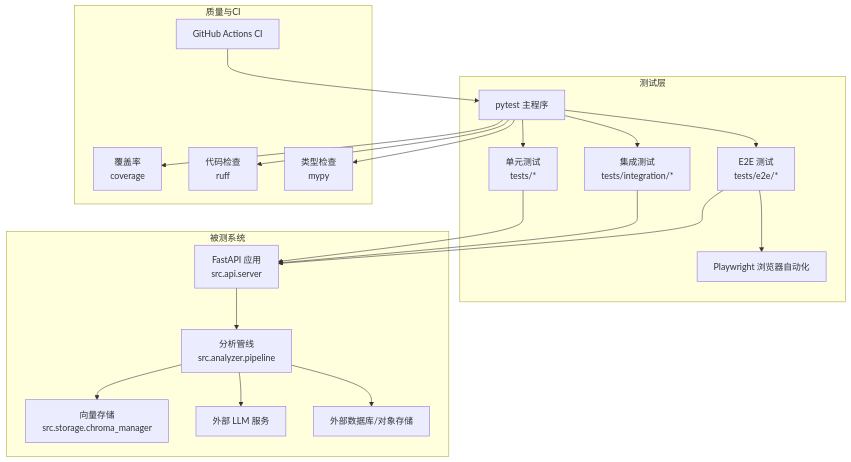
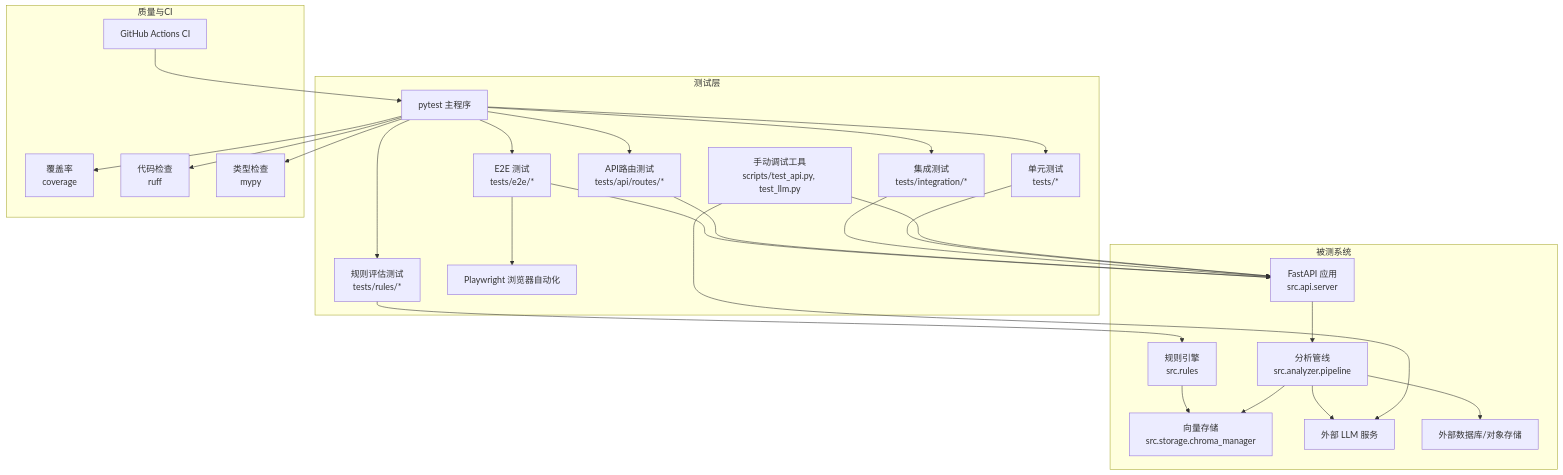
Before and after one commit to boyingliu01/fault-review-analyzer: the second of 4 diagrams in .qoder/repowiki/zh/content/测试策略/测试策略.md, drawn with Mermaid. The commit also changed other lines of this file and 30 other files, not shown here.

````diff
--- a/.qoder/repowiki/zh/content/测试策略/测试策略.md
+++ b/.qoder/repowiki/zh/content/测试策略/测试策略.md
@@ -98,38 +134,49 @@
 ```mermaid
 graph TB
 subgraph "测试层"
 P["pytest 主程序"]
 U["单元测试<br/>tests/*"]
 I["集成测试<br/>tests/integration/*"]
+AR["API路由测试<br/>tests/api/routes/*"]
+RE["规则评估测试<br/>tests/rules/*"]
 E["E2E 测试<br/>tests/e2e/*"]
 PLW["Playwright 浏览器自动化"]
+MD["手动调试工具<br/>scripts/test_api.py, test_llm.py"]
 end
 subgraph "被测系统"
 APP["FastAPI 应用<br/>src.api.server"]
 PIPE["分析管线<br/>src.analyzer.pipeline"]
 STORE["向量存储<br/>src.storage.chroma_manager"]
 LLM["外部 LLM 服务"]
 DB["外部数据库/对象存储"]
+RULES["规则引擎<br/>src.rules"]
 end
 subgraph "质量与CI"
 COV["覆盖率<br/>coverage"]
 RUFF["代码检查<br/>ruff"]
 MYPY["类型检查<br/>mypy"]
 CI["GitHub Actions CI"]
 end
 P --> U
 P --> I
+P --> AR
+P --> RE
 P --> E
 E --> PLW
+MD --> APP
+MD --> LLM
 U --> APP
 I --> APP
+AR --> APP
+RE --> RULES
 E --> APP
 APP --> PIPE
 PIPE --> STORE
 PIPE --> LLM
 PIPE --> DB
+RULES --> STORE
 P --> COV
 P --> RUFF
 P --> MYPY
 CI --> P
 ```
````
